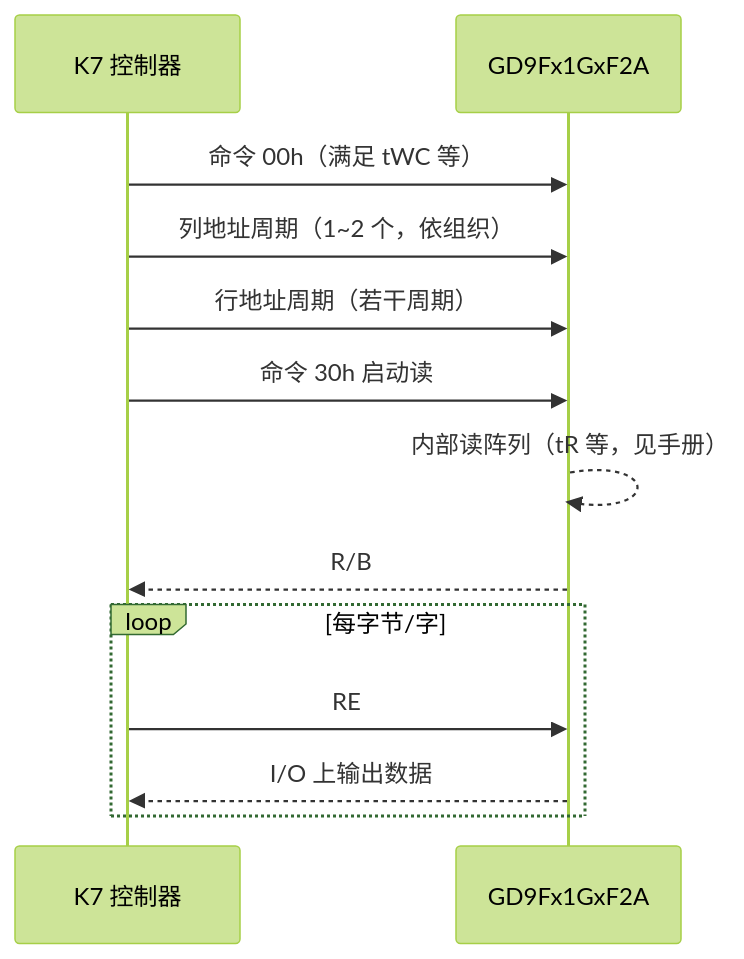
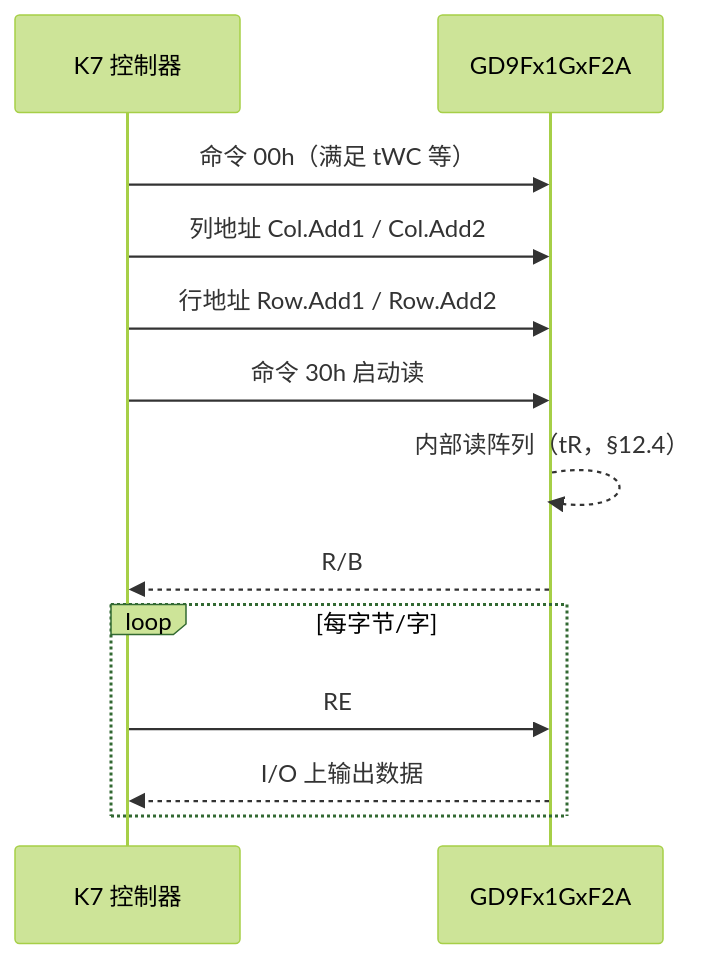
Before and after one commit to xuzelve/code_test: the first of 3 diagrams in docs/requirements-GD9Fx1GxF2A-Kintex7-driver.md, drawn with Mermaid (forest theme). The commit also changed other lines of this file, not shown here.

````diff
--- a/docs/requirements-GD9Fx1GxF2A-Kintex7-driver.md
+++ b/docs/requirements-GD9Fx1GxF2A-Kintex7-driver.md
@@ -87,15 +136,15 @@
 ```mermaid
 sequenceDiagram
     participant Host as K7 控制器
     participant NAND as GD9Fx1GxF2A
     Host->>NAND: 命令 00h（满足 tWC 等）
-    Host->>NAND: 列地址周期（1~2 个，依组织）
-    Host->>NAND: 行地址周期（若干周期）
+    Host->>NAND: 列地址 Col.Add1 / Col.Add2
+    Host->>NAND: 行地址 Row.Add1 / Row.Add2
     Host->>NAND: 命令 30h 启动读
-    NAND-->>NAND: 内部读阵列（tR 等，见手册）
+    NAND-->>NAND: 内部读阵列（tR，§12.4）
     NAND-->>Host: R/B# 就绪
     loop 每字节/字
         Host->>NAND: RE# 有效（周期 ≥ tRC）
         NAND-->>Host: I/O 上输出数据
     end
 ```
````
